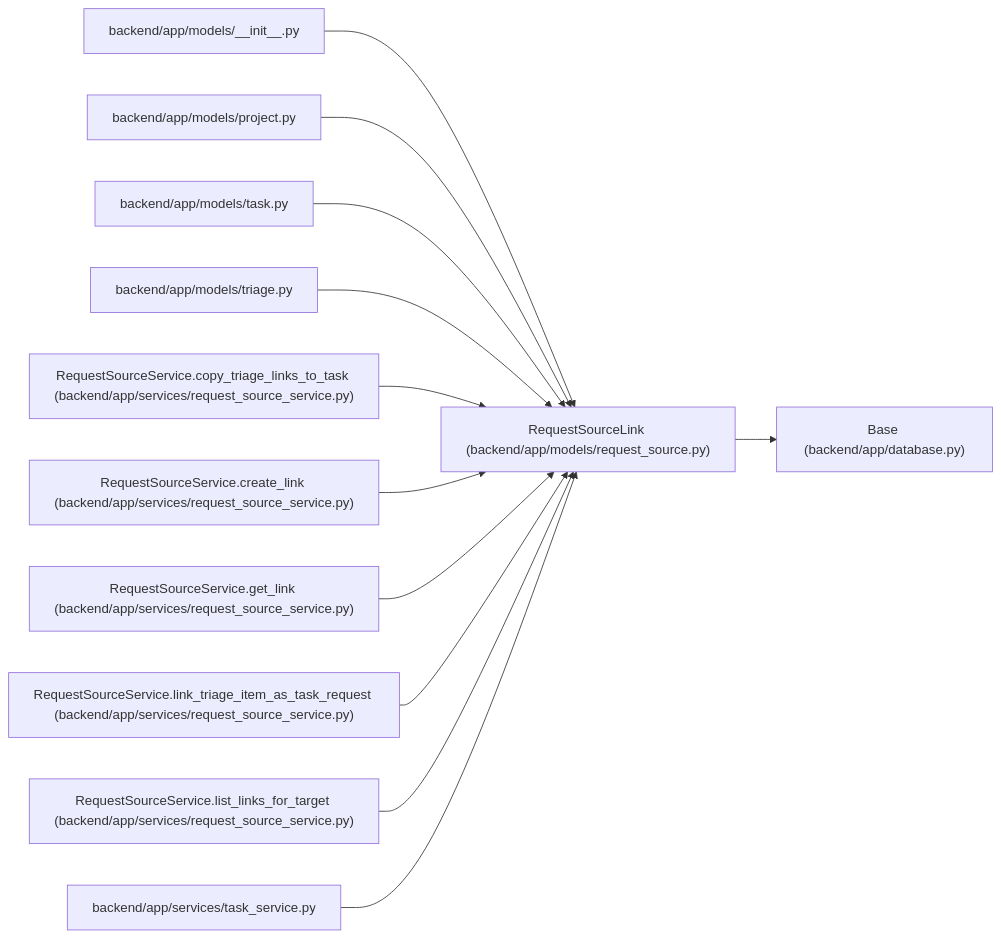
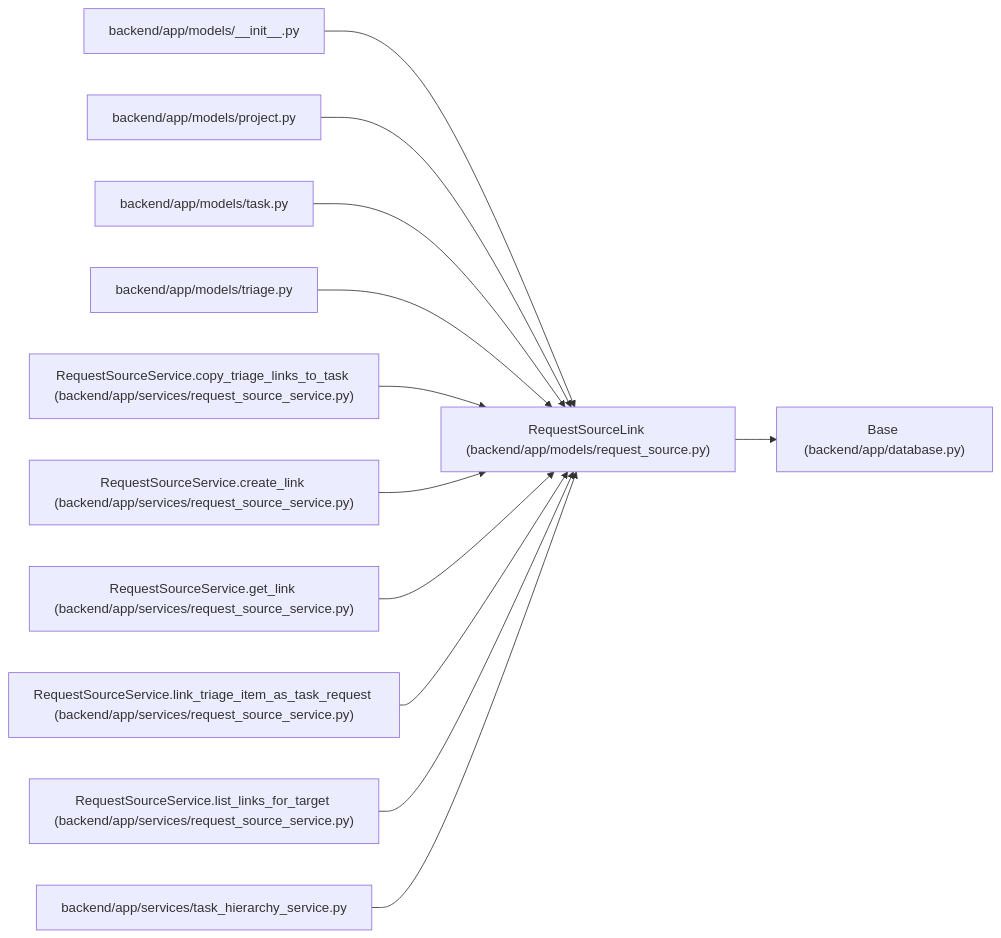
One commit to Denissvgn/WorkChord changed the diagram in docs/llm_wiki/entities/models_request_source_RequestSourceLink.md. Above: the diagram before and after it, drawn with Mermaid. The commit also changed other lines of this file and 2509 other files, not shown here.

````diff
--- a/docs/llm_wiki/entities/models_request_source_RequestSourceLink.md
+++ b/docs/llm_wiki/entities/models_request_source_RequestSourceLink.md
@@ -34,38 +34,38 @@
 ```mermaid
 flowchart LR
     n0["RequestSourceLink (backend/app/models/request_source.py)"]
     n1["Base (backend/app/database.py)"]
     n2["backend/app/models/__init__.py"]
     n3["backend/app/models/project.py"]
     n4["backend/app/models/task.py"]
     n5["backend/app/models/triage.py"]
     n6["RequestSourceService.copy_triage_links_to_task (backend/app/services/request_source_service.py)"]
     n7["RequestSourceService.create_link (backend/app/services/request_source_service.py)"]
     n8["RequestSourceService.get_link (backend/app/services/request_source_service.py)"]
     n9["RequestSourceService.link_triage_item_as_task_request (backend/app/services/request_source_service.py)"]
     n10["RequestSourceService.list_links_for_target (backend/app/services/request_source_service.py)"]
-    n11["backend/app/services/task_service.py"]
+    n11["backend/app/services/task_hierarchy_service.py"]
     n0 --> n1
     n2 --> n0
     n3 --> n0
     n4 --> n0
     n5 --> n0
     n6 --> n0
     n7 --> n0
     n8 --> n0
     n9 --> n0
     n10 --> n0
     n11 --> n0
     click n0 "../modules/models_request_source.md"
     click n1 "../modules/app_database.md"
     click n2 "../modules/models___init__.md"
     click n3 "../modules/models_project.md"
     click n4 "../modules/models_task.md"
     click n5 "../modules/models_triage.md"
     click n6 "../modules/request_source_service.md"
     click n7 "../modules/request_source_service.md"
     click n8 "../modules/request_source_service.md"
     click n9 "../modules/request_source_service.md"
     click n10 "../modules/request_source_service.md"
-    click n11 "../modules/task_service.md"
+    click n11 "../modules/task_hierarchy_service.md"
 ```
````
